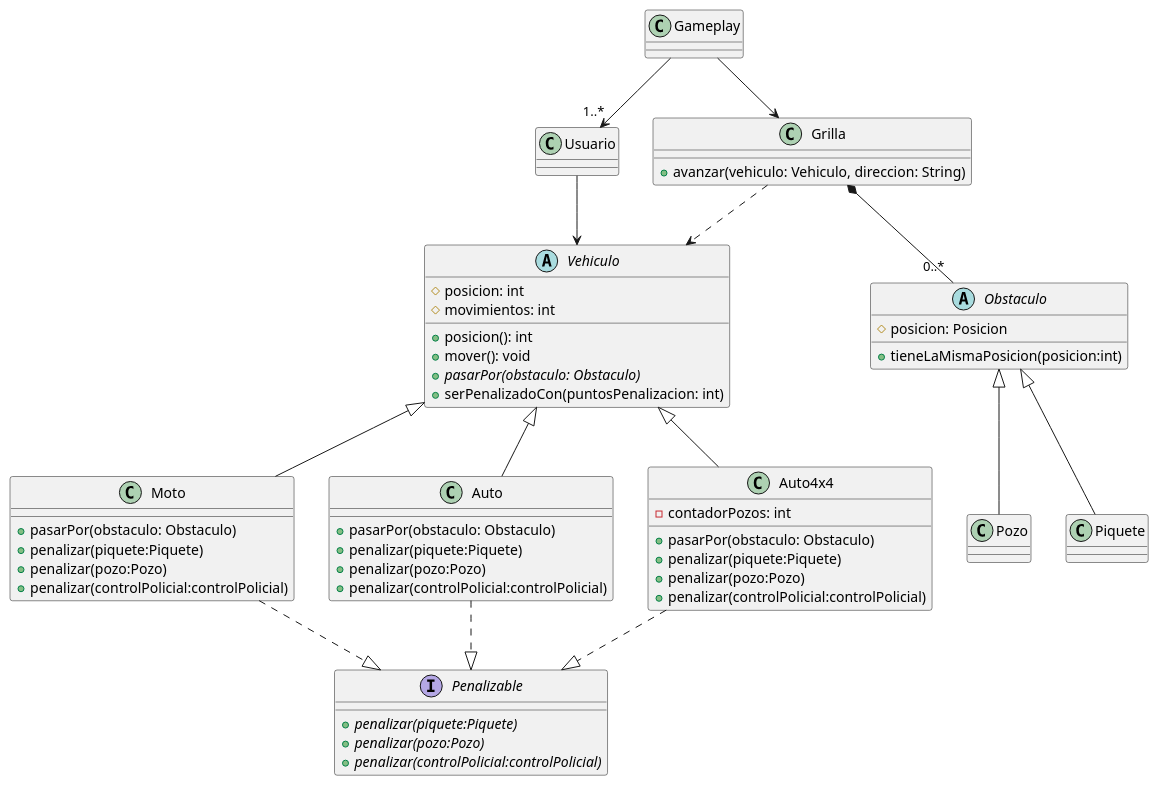
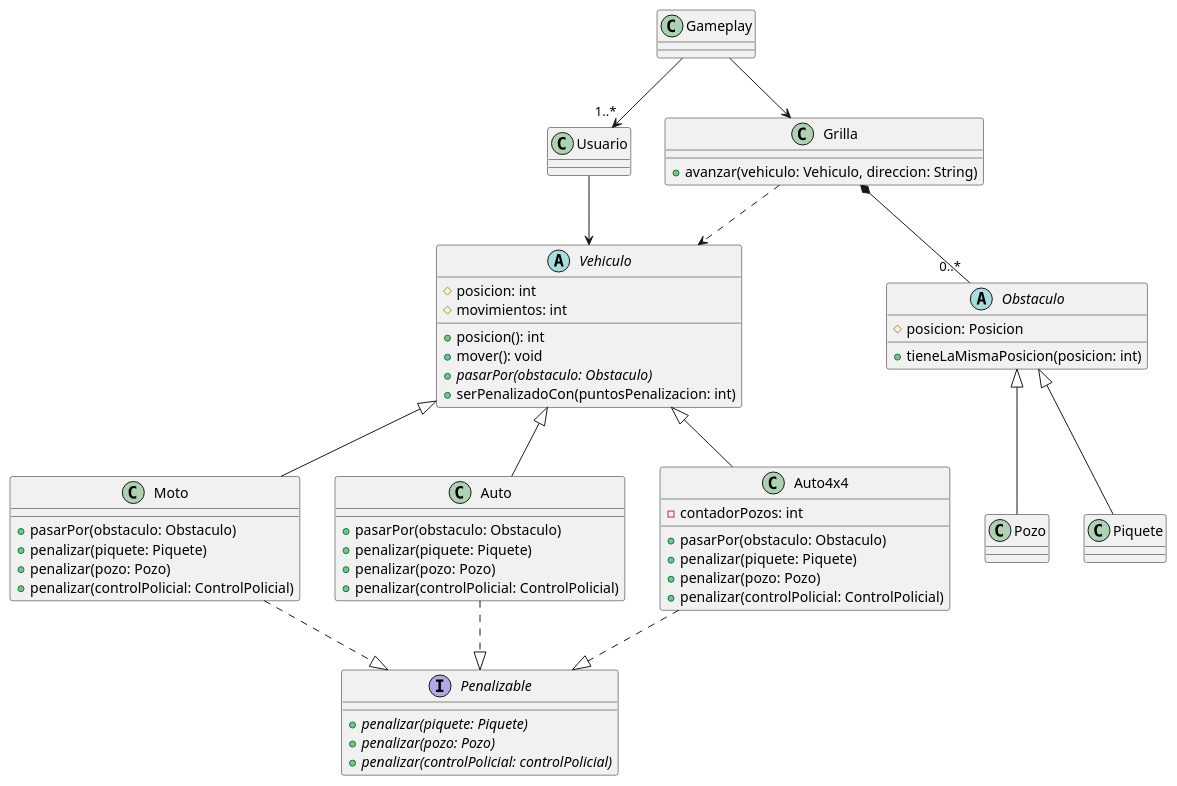
One commit to Dolo-pavon01/gpsChallenge changed the diagram in diagrams/classes/entrega 2/Clase.puml. Above: the diagram before and after it, drawn with PlantUML. The commit also changed 6 other files, not shown here.

Commit message:
chore(diagrams): se modificaron definiciones de diagramas

```diff
--- a/diagrams/classes/entrega 2/Clase.puml
+++ b/diagrams/classes/entrega 2/Clase.puml
@@ -1,77 +1,73 @@
 @startuml
 
 class Gameplay {}
 
 class Grilla {
     + avanzar(vehiculo: Vehiculo, direccion: String)
 }
 
 class Usuario {}
 
 abstract class Vehiculo {
     # posicion: int
     # movimientos: int
     + posicion(): int
     + mover(): void
     + {abstract} pasarPor(obstaculo: Obstaculo)
     + serPenalizadoCon(puntosPenalizacion: int)
 }
 
 class Moto {
     + pasarPor(obstaculo: Obstaculo)
-    + penalizar(piquete:Piquete)
-    + penalizar(pozo:Pozo)
-    + penalizar(controlPolicial:controlPolicial)
+    + penalizar(piquete: Piquete)
+    + penalizar(pozo: Pozo)
+    + penalizar(controlPolicial: ControlPolicial)
 }
 
 class Auto {
     + pasarPor(obstaculo: Obstaculo)
-    + penalizar(piquete:Piquete)
-    + penalizar(pozo:Pozo)
-    + penalizar(controlPolicial:controlPolicial)
+    + penalizar(piquete: Piquete)
+    + penalizar(pozo: Pozo)
+    + penalizar(controlPolicial: ControlPolicial)
 }
 
 class Auto4x4 {
     - contadorPozos: int
     + pasarPor(obstaculo: Obstaculo)
-    + penalizar(piquete:Piquete)
-    + penalizar(pozo:Pozo)
-    + penalizar(controlPolicial:controlPolicial)
+    + penalizar(piquete: Piquete)
+    + penalizar(pozo: Pozo)
+    + penalizar(controlPolicial: ControlPolicial)
 }
 
 abstract class Obstaculo {
     # posicion: Posicion
-    + tieneLaMismaPosicion(posicion:int)
+    + tieneLaMismaPosicion(posicion: int)
 }
 
-class Pozo {
-}
+class Pozo {}
 
-class Piquete {
+class Piquete {}
 
-}
-interface Penalizable
-{
-
-    + {abstract}penalizar(piquete:Piquete)
-    + {abstract} penalizar(pozo:Pozo)
-    +{abstract} penalizar(controlPolicial:controlPolicial)
+interface Penalizable {
+    + {abstract} penalizar(piquete: Piquete)
+    + {abstract} penalizar(pozo: Pozo)
+    + {abstract} penalizar(controlPolicial: controlPolicial)
 }
 
 Gameplay --> Grilla
 Usuario --> Vehiculo
 
 Gameplay --> "1..*" Usuario
 Grilla ..> Vehiculo
 Grilla *-- "0..*" Obstaculo
 Auto ..|> Penalizable
 Moto ..|> Penalizable
 Auto4x4 ..|> Penalizable
 Vehiculo <|-- Moto
 Vehiculo <|-- Auto
 Vehiculo <|-- Auto4x4
 
 Obstaculo <|-- Pozo
 Obstaculo <|-- Piquete
 
 @enduml
```
